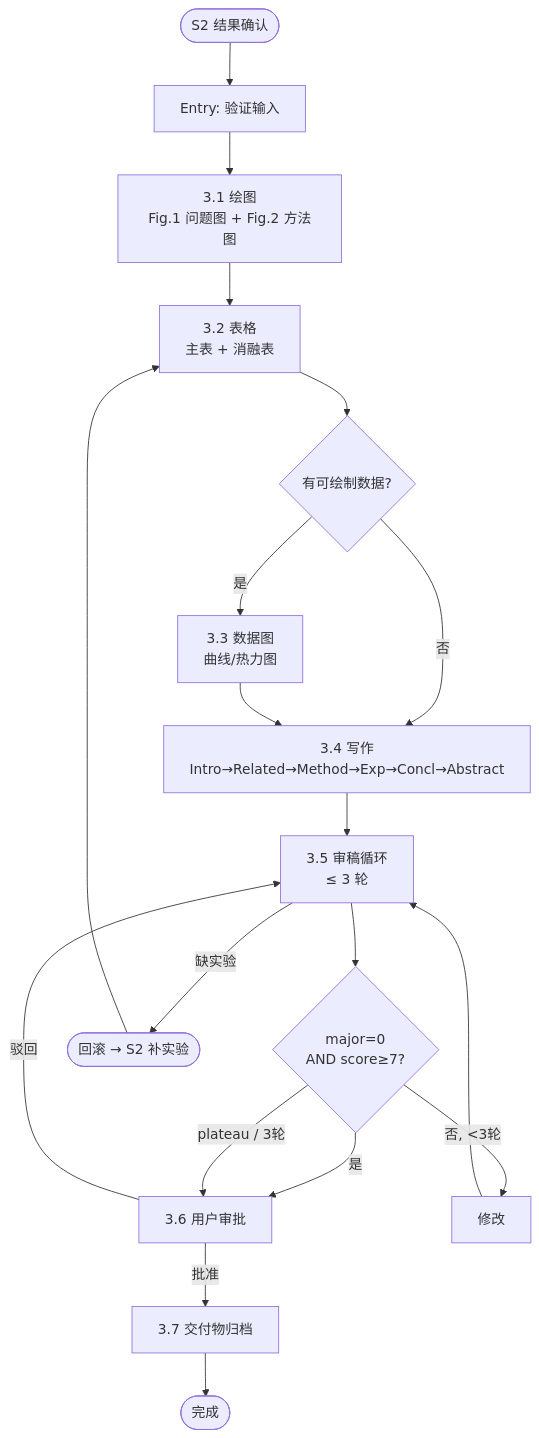
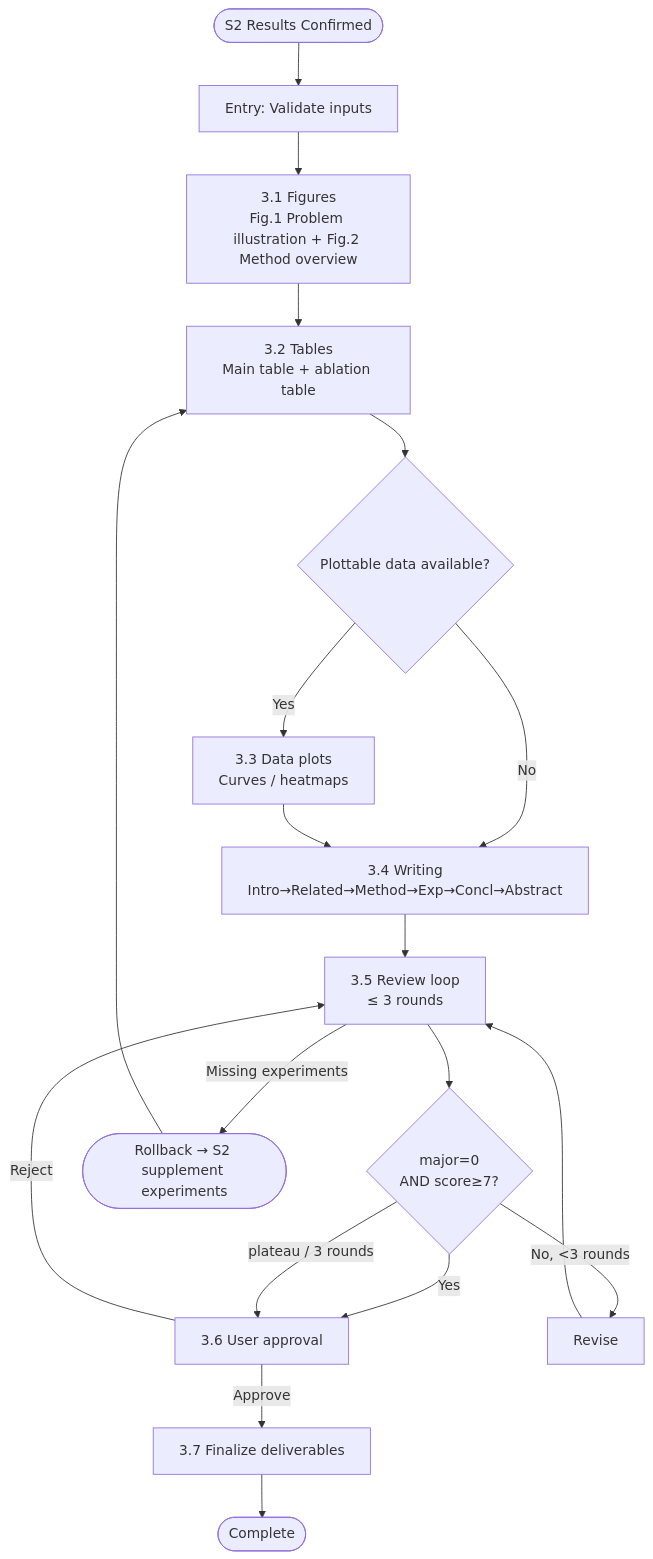
One commit to JZAO20L/nano-auto-research changed the diagram in auto-research-s3-flow/SKILL.md. Above: the diagram before and after it, drawn with Mermaid. The commit also changed 3 other files, not shown here.

Commit message:
style: convert all 4 flow skills to English-only (remove Chinese text)

````diff
--- a/auto-research-s3-flow/SKILL.md
+++ b/auto-research-s3-flow/SKILL.md
@@ -12,21 +12,21 @@
 ```mermaid
 flowchart TD
-    START([S2 结果确认]) --> ENTRY[Entry: 验证输入]
-    ENTRY --> FIG[3.1 绘图<br/>Fig.1 问题图 + Fig.2 方法图]
-    FIG --> TAB[3.2 表格<br/>主表 + 消融表]
-    TAB --> PLOT{有可绘制数据?}
-    PLOT -->|是| PLOTGEN[3.3 数据图<br/>曲线/热力图]
-    PLOT -->|否| WRITE
-    PLOTGEN --> WRITE[3.4 写作<br/>Intro→Related→Method→Exp→Concl→Abstract]
-    WRITE --> REVIEW[3.5 审稿循环<br/>≤ 3 轮]
+    START([S2 Results Confirmed]) --> ENTRY[Entry: Validate inputs]
+    ENTRY --> FIG[3.1 Figures<br/>Fig.1 Problem illustration + Fig.2 Method overview]
+    FIG --> TAB[3.2 Tables<br/>Main table + ablation table]
+    TAB --> PLOT{Plottable data available?}
+    PLOT -->|Yes| PLOTGEN[3.3 Data plots<br/>Curves / heatmaps]
+    PLOT -->|No| WRITE
+    PLOTGEN --> WRITE[3.4 Writing<br/>Intro→Related→Method→Exp→Concl→Abstract]
+    WRITE --> REVIEW[3.5 Review loop<br/>≤ 3 rounds]
     REVIEW --> CHECK{major=0<br/>AND score≥7?}
-    CHECK -->|是| GATE[3.6 用户审批]
-    CHECK -->|否, <3轮| REVISE[修改]
+    CHECK -->|Yes| GATE[3.6 User approval]
+    CHECK -->|No, <3 rounds| REVISE[Revise]
     REVISE --> REVIEW
-    CHECK -->| plateau / 3轮| GATE
-    REVIEW -->|缺实验| ROLLBACK([回滚 → S2 补实验])
+    CHECK -->|plateau / 3 rounds| GATE
+    REVIEW -->|Missing experiments| ROLLBACK([Rollback → S2 supplement experiments])
     ROLLBACK --> TAB
-    GATE -->|批准| FINAL[3.7 交付物归档]
-    GATE -->|驳回| REVIEW
-    FINAL --> DONE([完成])
+    GATE -->|Approve| FINAL[3.7 Finalize deliverables]
+    GATE -->|Reject| REVIEW
+    FINAL --> DONE([Complete])
 ```
````
